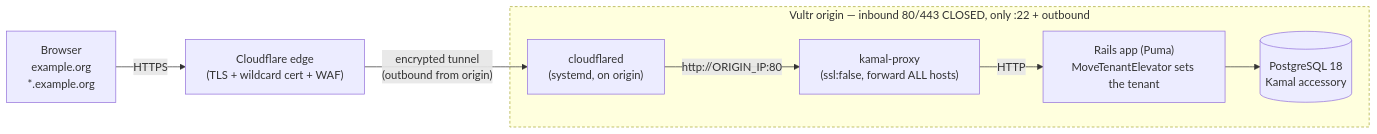
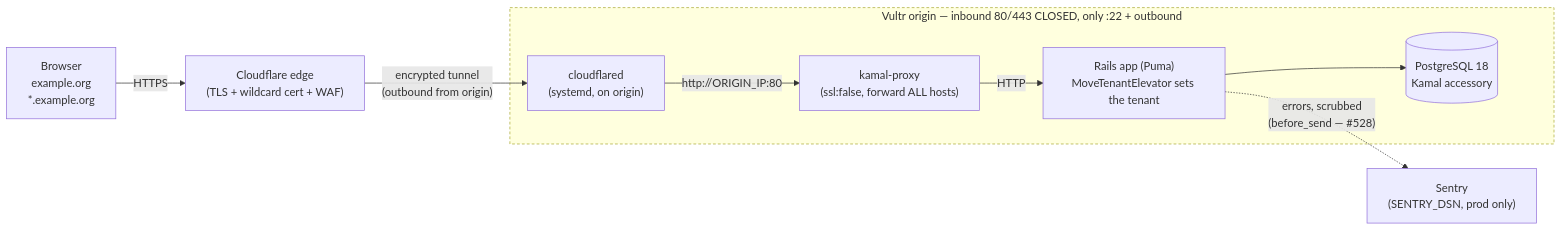
Before and after one commit to joel/move: the first of 12 diagrams in doc/project/architecture.md, drawn with Mermaid. The commit also changed other lines of this file and 3 other files, not shown here.

````diff
--- a/doc/project/architecture.md
+++ b/doc/project/architecture.md
@@ -21,12 +21,13 @@
 ```mermaid
 flowchart LR
   U["Browser<br/>example.org<br/>*.example.org"] -->|HTTPS| CF["Cloudflare edge<br/>(TLS + wildcard cert + WAF)"]
   CF -->|"encrypted tunnel<br/>(outbound from origin)"| CFD["cloudflared<br/>(systemd, on origin)"]
   subgraph ORIGIN["Vultr origin — inbound 80/443 CLOSED, only :22 + outbound"]
     CFD -->|"http://ORIGIN_IP:80"| KP["kamal-proxy<br/>(ssl:false, forward ALL hosts)"]
     KP -->|HTTP| APP["Rails app (Puma)<br/>MoveTenantElevator sets the tenant"]
     APP --> PG[("PostgreSQL 18<br/>Kamal accessory")]
   end
+  APP -.->|"errors, scrubbed<br/>(before_send — #528)"| SEN["Sentry<br/>(SENTRY_DSN, prod only)"]
   classDef closed stroke-dasharray:4 3;
   class ORIGIN closed;
 ```
````
